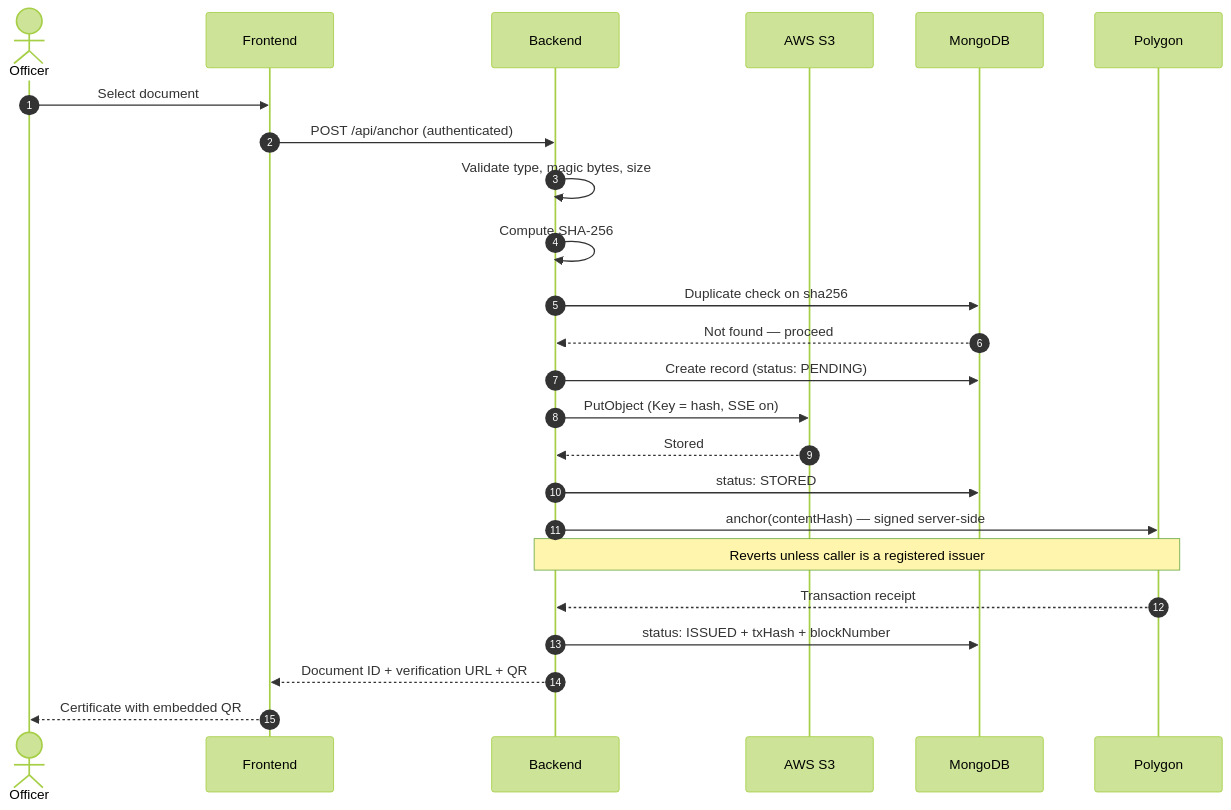
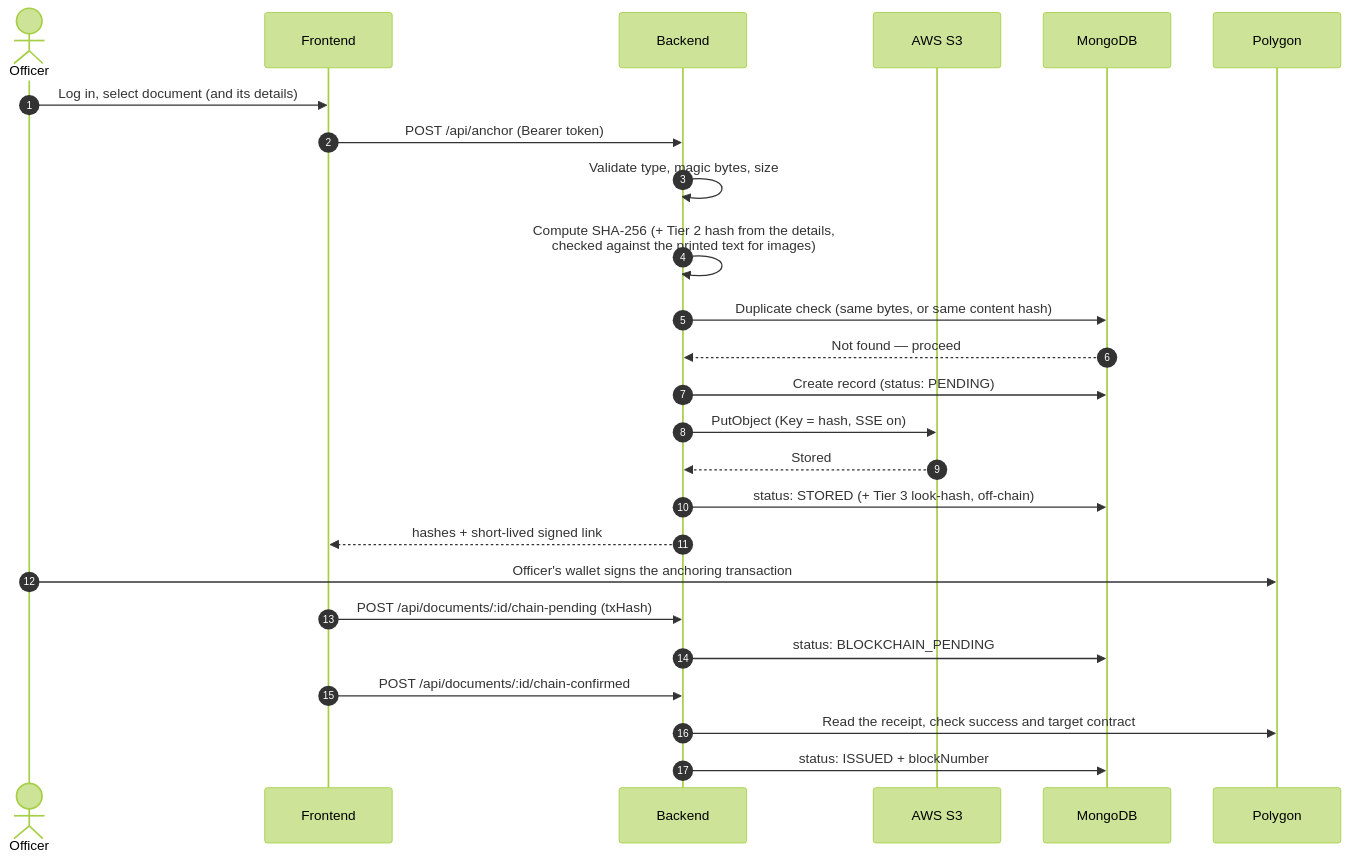
One commit to jpsiddharth2008/MindForge-Tatva-Finals changed the third of 4 diagrams in README.md. Above: the diagram before and after it, drawn with Mermaid (forest theme). The commit also changed other lines of this file and 5 other files, not shown here.

````diff
--- a/README.md
+++ b/README.md
@@ -248,30 +259,30 @@
 ```mermaid
 sequenceDiagram
     autonumber
     actor O as Officer
     participant FE as Frontend
     participant API as Backend
     participant S3 as AWS S3
     participant DB as MongoDB
     participant BC as Polygon
 
-    O->>FE: Select document
-    FE->>API: POST /api/anchor (authenticated)
+    O->>FE: Log in, select document (and its details)
+    FE->>API: POST /api/anchor (Bearer token)
     API->>API: Validate type, magic bytes, size
-    API->>API: Compute SHA-256
-    API->>DB: Duplicate check on sha256
+    API->>API: Compute SHA-256 (+ Tier 2 hash from the details,<br/>checked against the printed text for images)
+    API->>DB: Duplicate check (same bytes, or same content hash)
     DB-->>API: Not found — proceed
 
     API->>DB: Create record (status: PENDING)
     API->>S3: PutObject (Key = hash, SSE on)
     S3-->>API: Stored
-    API->>DB: status: STORED
+    API->>DB: status: STORED (+ Tier 3 look-hash, off-chain)
+    API-->>FE: hashes + short-lived signed link
 
-    API->>BC: anchor(contentHash) — signed server-side
-    Note over API,BC: Reverts unless caller is a registered issuer
-    BC-->>API: Transaction receipt
-    API->>DB: status: ISSUED + txHash + blockNumber
-
-    API-->>FE: Document ID + verification URL + QR
-    FE-->>O: Certificate with embedded QR
+    O->>BC: Officer's wallet signs the anchoring transaction
+    FE->>API: POST /api/documents/:id/chain-pending (txHash)
+    API->>DB: status: BLOCKCHAIN_PENDING
+    FE->>API: POST /api/documents/:id/chain-confirmed
+    API->>BC: Read the receipt, check success and target contract
+    API->>DB: status: ISSUED + blockNumber
 ```
````
